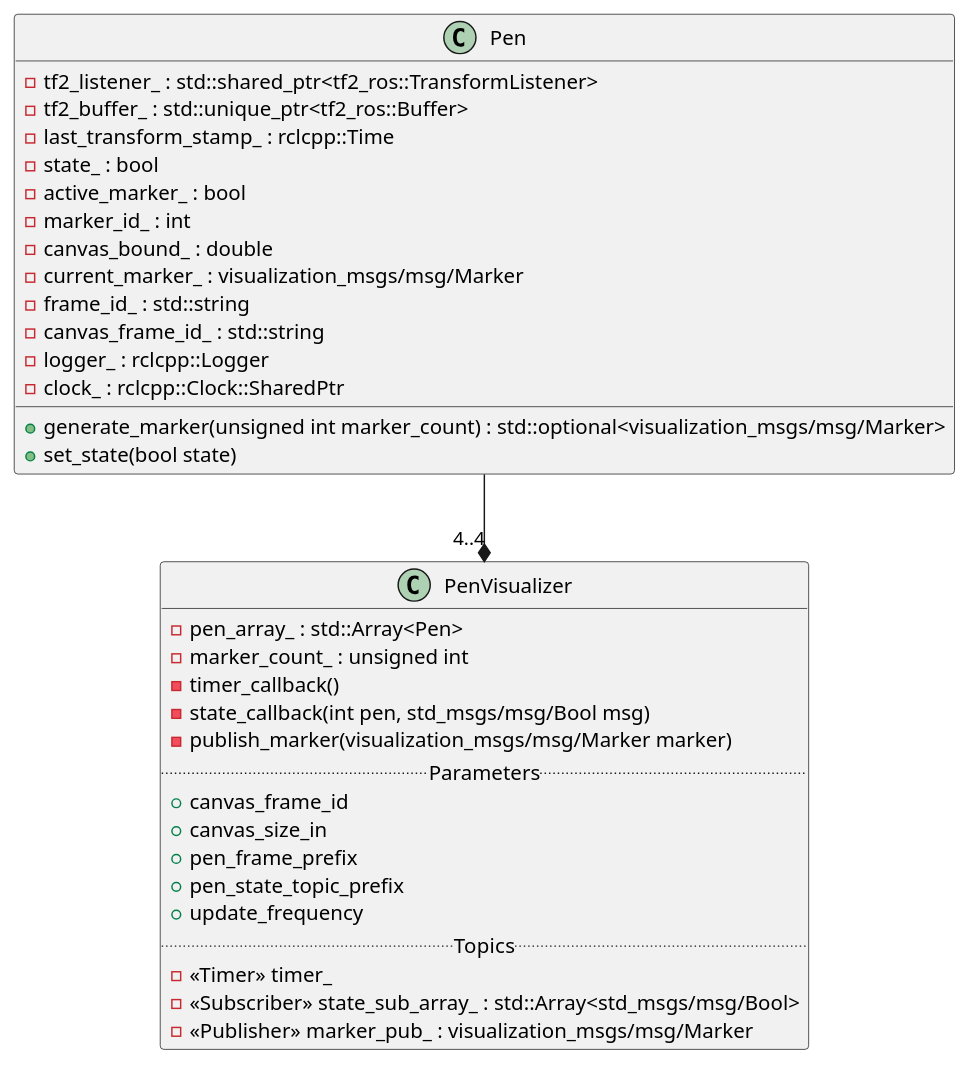
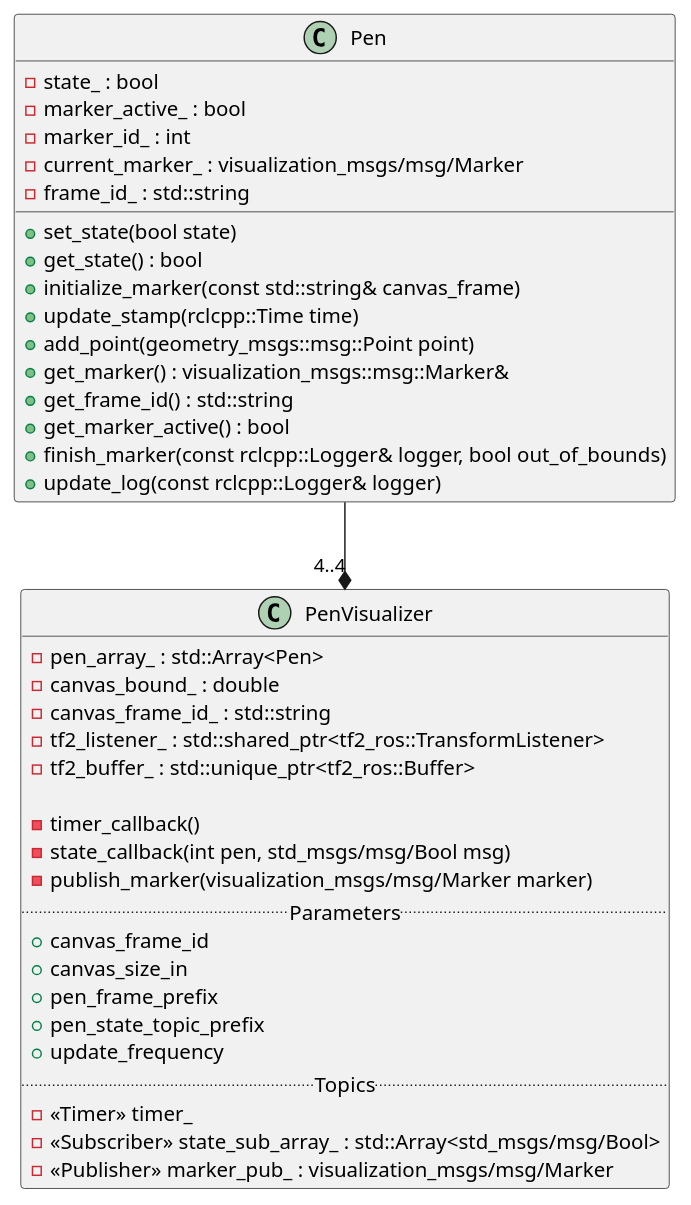
One commit to zbrotherton/RRC-RAI-ROS2 changed the first of 2 diagrams in docs/puml/pen_visualizer.puml. Above: the diagram before and after it, drawn with PlantUML.

Commit message:
Update puml class diagram

```diff
--- a/docs/puml/pen_visualizer.puml
+++ b/docs/puml/pen_visualizer.puml
@@ -1,39 +1,45 @@
 @startuml PenVisualizerClass
 
 class Pen{
-    -tf2_listener_ : std::shared_ptr<tf2_ros::TransformListener>
-    -tf2_buffer_ : std::unique_ptr<tf2_ros::Buffer>
-    -last_transform_stamp_ : rclcpp::Time 
     -state_ : bool
-    -active_marker_ : bool
+    -marker_active_ : bool
     -marker_id_ : int
-    -canvas_bound_ : double
     -current_marker_ : visualization_msgs/msg/Marker
     -frame_id_ : std::string
-    -canvas_frame_id_ : std::string
-    -logger_ : rclcpp::Logger
-    -clock_ : rclcpp::Clock::SharedPtr
-    +generate_marker(unsigned int marker_count) : std::optional<visualization_msgs/msg/Marker>
+
     +set_state(bool state)
+    +get_state() : bool
+    +initialize_marker(const std::string& canvas_frame)
+    +update_stamp(rclcpp::Time time)
+    +add_point(geometry_msgs::msg::Point point)
+    +get_marker() : visualization_msgs::msg::Marker& 
+    +get_frame_id() : std::string
+    +get_marker_active() : bool
+    +finish_marker(const rclcpp::Logger& logger, bool out_of_bounds)
+    +update_log(const rclcpp::Logger& logger)
 }
 
 class PenVisualizer{
     -pen_array_ : std::Array<Pen>
-    -marker_count_ : unsigned int
+    -canvas_bound_ : double
+    -canvas_frame_id_ : std::string
+    -tf2_listener_ : std::shared_ptr<tf2_ros::TransformListener> 
+    -tf2_buffer_ : std::unique_ptr<tf2_ros::Buffer>
+
     -timer_callback()
     -state_callback(int pen, std_msgs/msg/Bool msg)
     -publish_marker(visualization_msgs/msg/Marker marker)
     .. Parameters ..
     +canvas_frame_id
     +canvas_size_in
     +pen_frame_prefix
     +pen_state_topic_prefix
     +update_frequency
     .. Topics ..
     -<<Timer>> timer_
     -<<Subscriber>> state_sub_array_ : std::Array<std_msgs/msg/Bool>
     -<<Publisher>> marker_pub_ : visualization_msgs/msg/Marker
 }
 
 Pen --* "4..4" PenVisualizer
 @enduml
```
